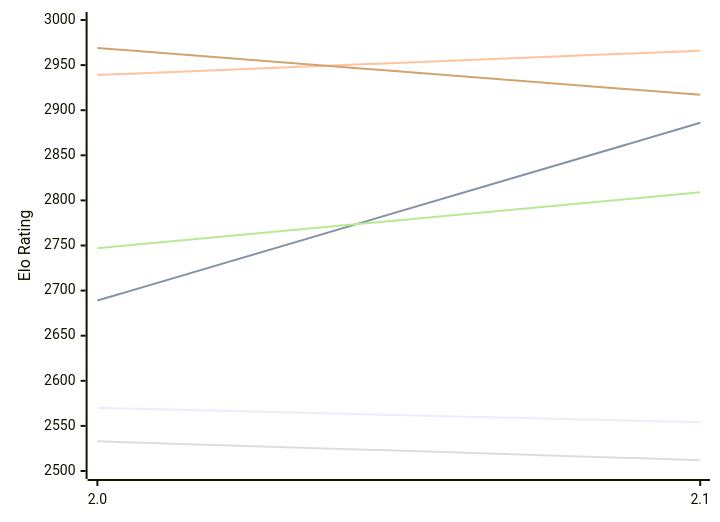
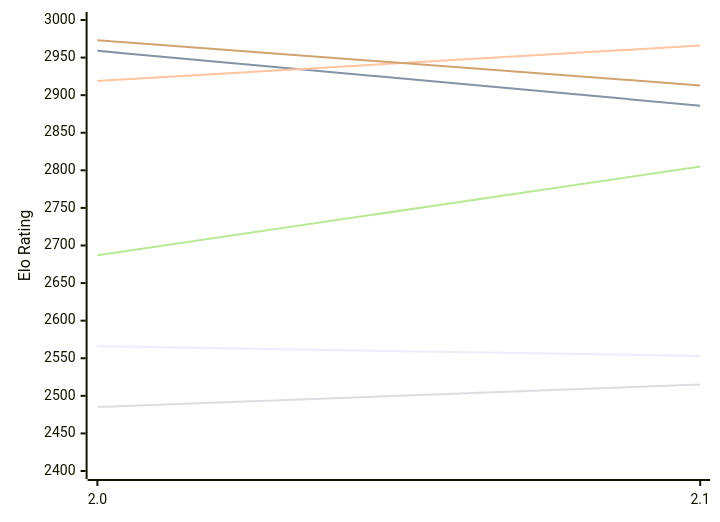
The first of 2 diagrams in engines/Noggin.md (computer-chess-index/cci), drawn with Mermaid before and after one commit. The commit also changed other lines of this file, not shown here.

Commit message:
Update CCI Ratings (ELO VLTC) - 2026-11-15

````diff
--- a/engines/Noggin.md
+++ b/engines/Noggin.md
@@ -50,12 +50,12 @@
 ```mermaid
 %%{init: {"theme":"base","themeVariables":{"seriesColors:['#a3a3a3','#222221','#faa371']}}}%%
 xychart-beta
   x-axis ["2.0", "2.1"]
-  y-axis "Elo Rating" 2500 --> 3000
-  line "E1: STC (8.0+0.08s)" [2570, 2554]
-  line "E1: LTC (60.0+0.60s)" [2689, 2886]
-  line "E1: VLTC (2m24s+1.12s)" [2939, 2966]
-  line "P1: STC (8.0+0.08s)" [2533, 2512]
-  line "P1: LTC (60.0+0.60s)" [2747, 2809]
-  line "P1: VLTC (2m24s+1.12s)" [2969, 2917]
+  y-axis "Elo Rating" 2400 --> 3000
+  line "E1: STC (8.0+0.08s)" [2566, 2553]
+  line "E1: LTC (60.0+0.60s)" [2959, 2886]
+  line "E1: VLTC (2m24s+1.12s)" [2919, 2966]
+  line "P1: STC (8.0+0.08s)" [2485, 2515]
+  line "P1: LTC (60.0+0.60s)" [2687, 2805]
+  line "P1: VLTC (2m24s+1.12s)" [2973, 2913]
 ```
````
